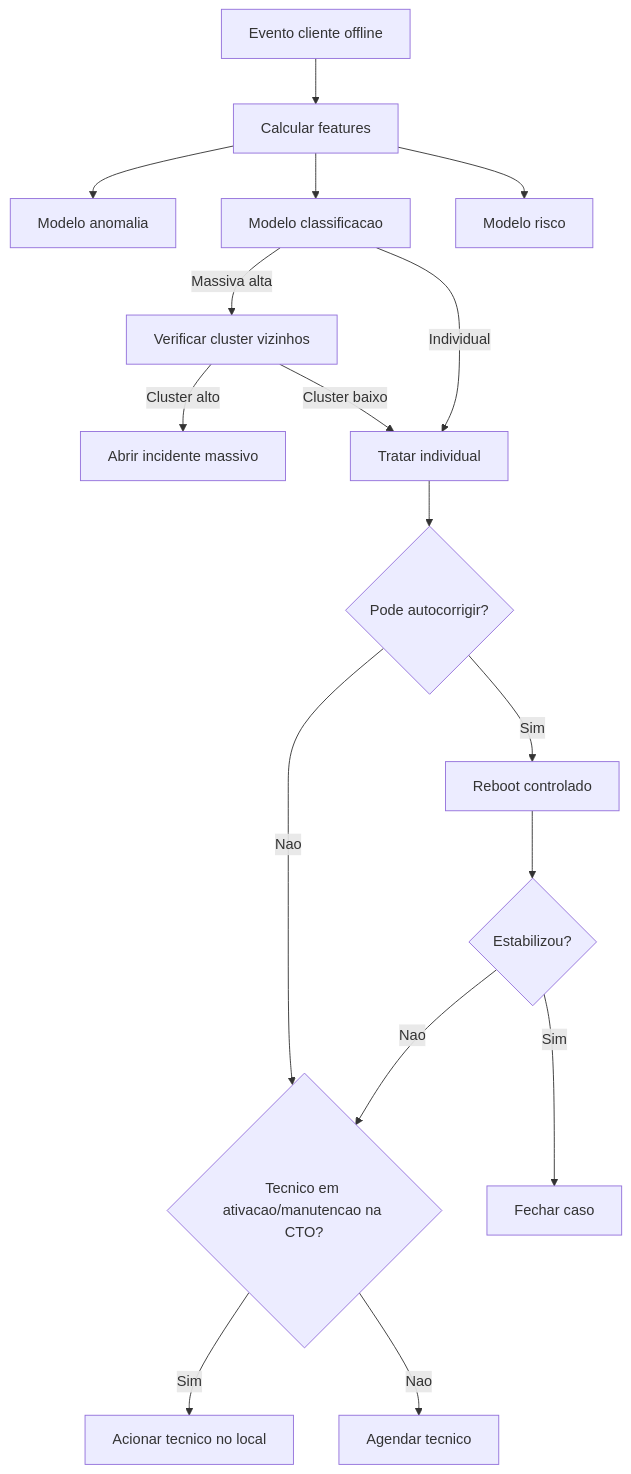
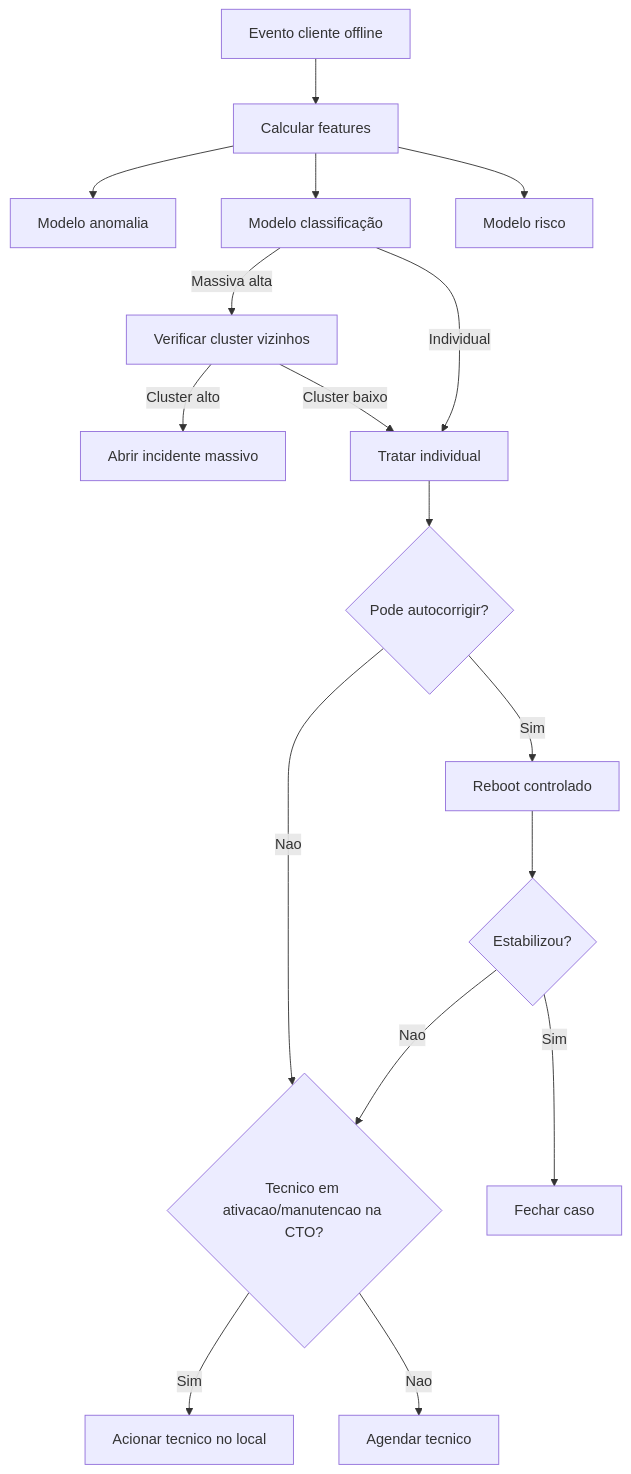
Before and after one commit to murylomarques/AI_Network_Guardian: the second of 5 diagrams in README.md, drawn with Mermaid. The commit also changed other lines of this file, not shown here.

````diff
--- a/README.md
+++ b/README.md
@@ -145,23 +145,23 @@
 ```mermaid
 flowchart TD
   S[Evento cliente offline] --> F1[Calcular features]
   F1 --> M1[Modelo anomalia]
-  F1 --> M2[Modelo classificacao]
+  F1 --> M2[Modelo classificação]
   F1 --> M3[Modelo risco]
 
   M2 -->|Massiva alta| X1[Verificar cluster vizinhos]
   X1 -->|Cluster alto| A1[Abrir incidente massivo]
   X1 -->|Cluster baixo| I1[Tratar individual]
 
   M2 -->|Individual| I1
 
   I1 --> R1{Pode autocorrigir?}
   R1 -->|Sim| B1[Reboot controlado]
   R1 -->|Nao| T0{Tecnico em ativacao/manutencao na CTO?}
   T0 -->|Sim| L1[Acionar tecnico no local]
   T0 -->|Nao| T1[Agendar tecnico]
 
   B1 --> V1{Estabilizou?}
   V1 -->|Sim| C1[Fechar caso]
   V1 -->|Nao| T0
 ```
````
